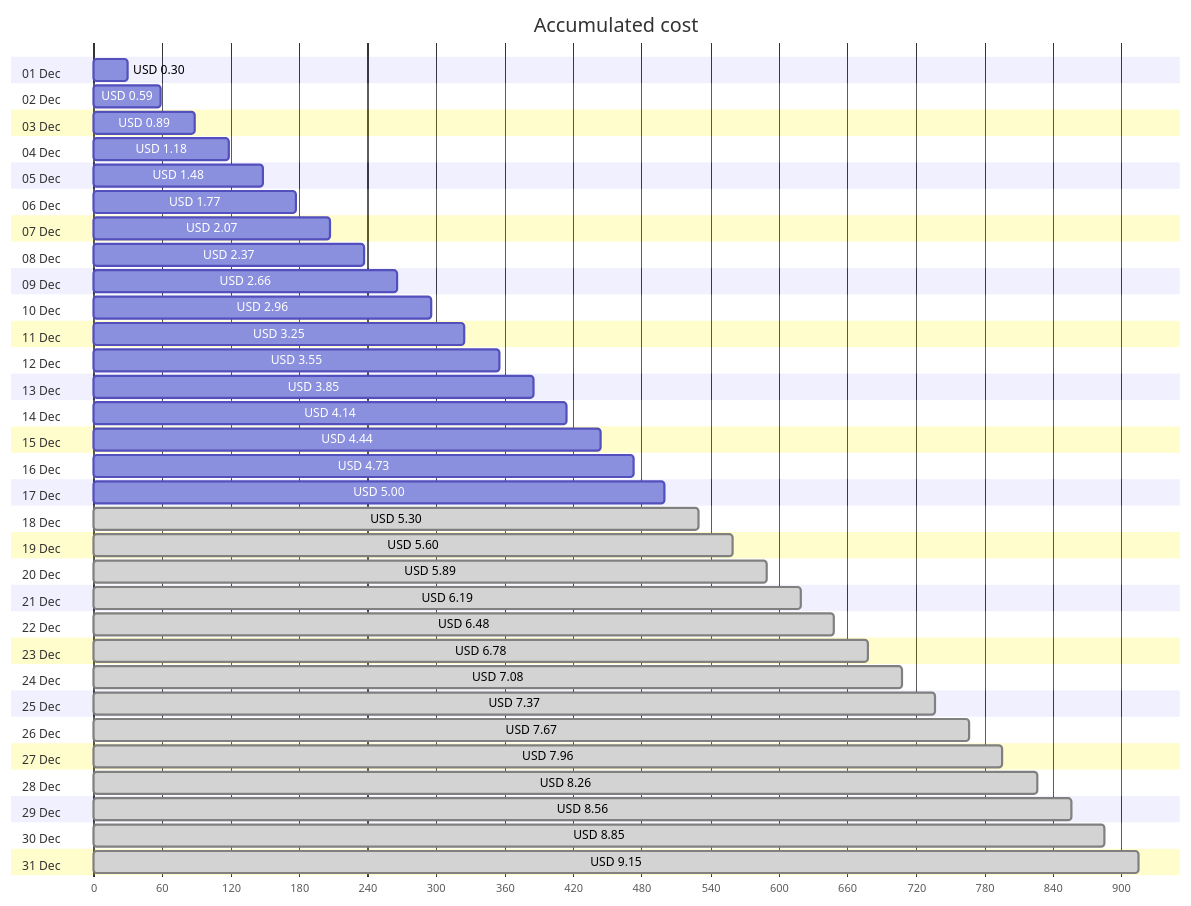
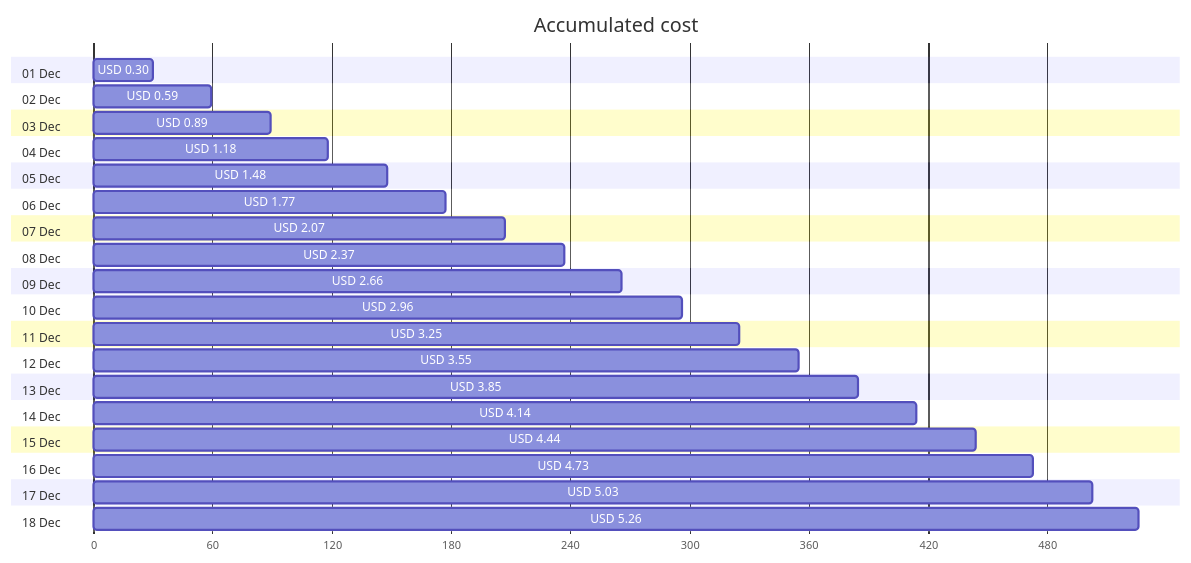
Before and after one commit to jpfulton/azure-personal-reports: the first of 4 diagrams in cost-reports/personal-site/personal-site.md, drawn with Mermaid. The commit also changed other lines of this file and 6 other files, not shown here.

````diff
--- a/cost-reports/personal-site/personal-site.md
+++ b/cost-reports/personal-site/personal-site.md
@@ -20,68 +20,42 @@
 ```mermaid
 gantt
    title Accumulated cost
    dateFormat  X
    axisFormat %s
    section 01 Dec
    USD 0.30 :0, 30
    section 02 Dec
    USD 0.59 :0, 59
    section 03 Dec
    USD 0.89 :0, 89
    section 04 Dec
    USD 1.18 :0, 118
    section 05 Dec
    USD 1.48 :0, 148
    section 06 Dec
    USD 1.77 :0, 177
    section 07 Dec
    USD 2.07 :0, 207
    section 08 Dec
    USD 2.37 :0, 237
    section 09 Dec
    USD 2.66 :0, 266
    section 10 Dec
    USD 2.96 :0, 296
    section 11 Dec
    USD 3.25 :0, 325
    section 12 Dec
    USD 3.55 :0, 355
    section 13 Dec
    USD 3.85 :0, 385
    section 14 Dec
    USD 4.14 :0, 414
    section 15 Dec
    USD 4.44 :0, 444
    section 16 Dec
    USD 4.73 :0, 473
    section 17 Dec
-   USD 5.00 :0, 500
+   USD 5.03 :0, 503
    section 18 Dec
-   USD 5.30 : done, 0, 530
-   section 19 Dec
-   USD 5.60 : done, 0, 560
-   section 20 Dec
-   USD 5.89 : done, 0, 589
-   section 21 Dec
-   USD 6.19 : done, 0, 619
-   section 22 Dec
-   USD 6.48 : done, 0, 648
-   section 23 Dec
-   USD 6.78 : done, 0, 678
-   section 24 Dec
-   USD 7.08 : done, 0, 708
-   section 25 Dec
-   USD 7.37 : done, 0, 737
-   section 26 Dec
-   USD 7.67 : done, 0, 767
-   section 27 Dec
-   USD 7.96 : done, 0, 796
-   section 28 Dec
-   USD 8.26 : done, 0, 826
-   section 29 Dec
-   USD 8.56 : done, 0, 856
-   section 30 Dec
-   USD 8.85 : done, 0, 885
-   section 31 Dec
-   USD 9.15 : done, 0, 915
+   USD 5.26 :0, 526
 ```
````
